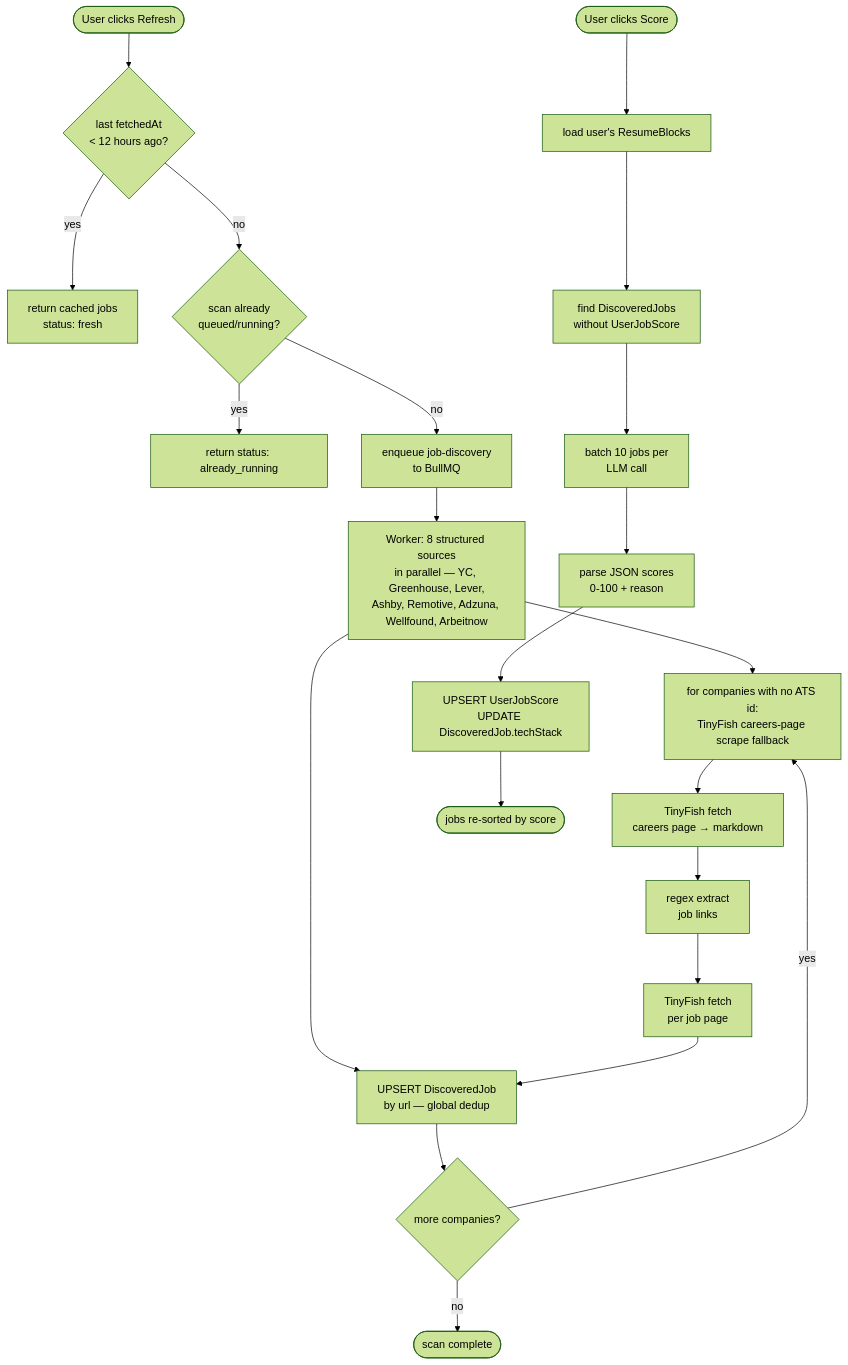
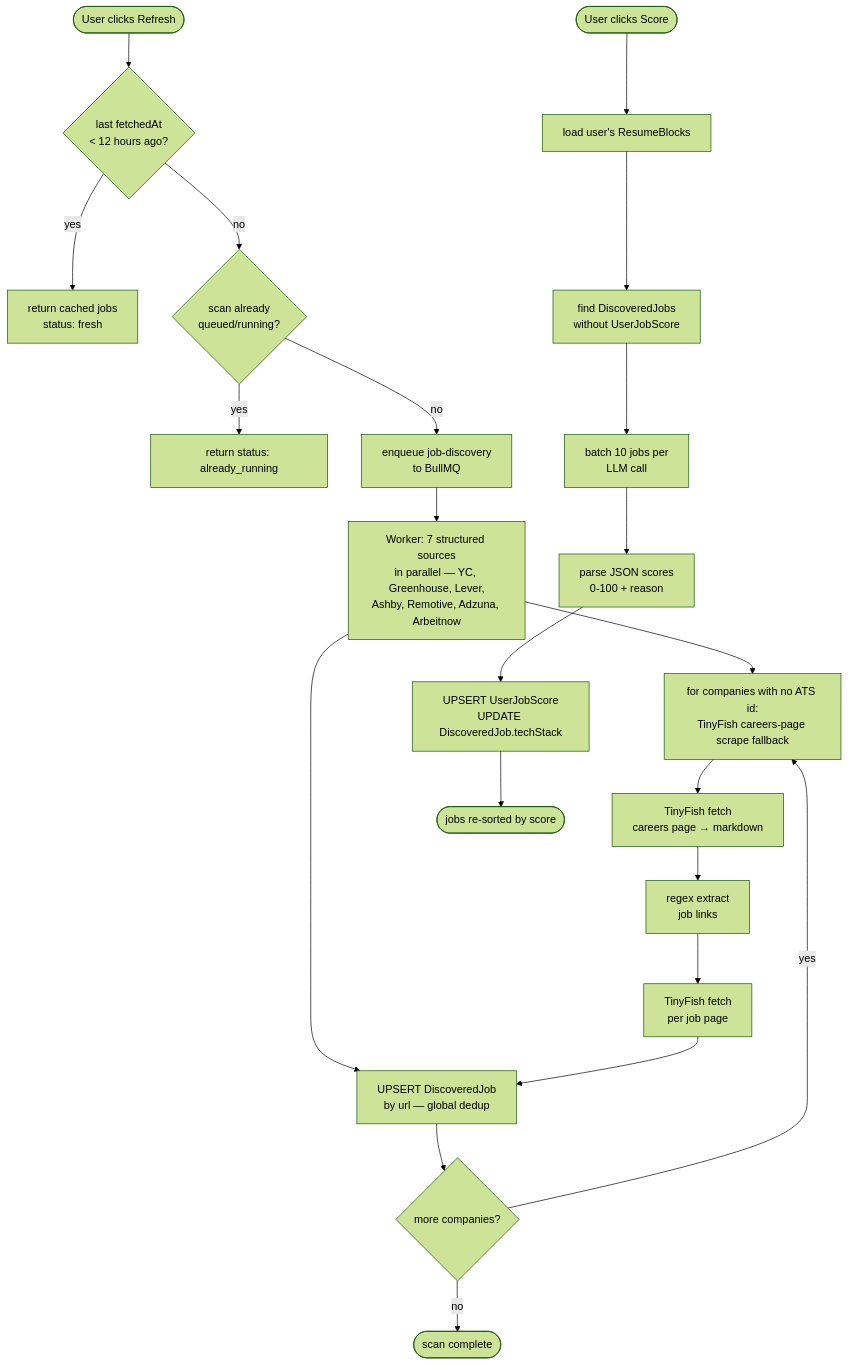
Before and after one commit to AdityaKrSingh26/Pursuit: the fourth of 7 diagrams in docs/architecture.md, drawn with Mermaid (forest theme). The commit also changed other lines of this file and 69 other files, not shown here.

````diff
--- a/docs/architecture.md
+++ b/docs/architecture.md
@@ -125,25 +127,25 @@
 ```mermaid
 flowchart TD
     A([User clicks Refresh]) --> B{last fetchedAt\n< 12 hours ago?}
     B -- yes --> C[return cached jobs\nstatus: fresh]
     B -- no --> D{scan already\nqueued/running?}
     D -- yes --> E[return status: already_running]
     D -- no --> F[enqueue job-discovery\nto BullMQ]
-    F --> G1[Worker: 8 structured sources\nin parallel — YC, Greenhouse, Lever,\nAshby, Remotive, Adzuna, Wellfound, Arbeitnow]
+    F --> G1[Worker: 7 structured sources\nin parallel — YC, Greenhouse, Lever,\nAshby, Remotive, Adzuna, Arbeitnow]
     G1 --> G[for companies with no ATS id:\nTinyFish careers-page scrape fallback]
     G --> H[TinyFish fetch\ncareers page → markdown]
     H --> I[regex extract\njob links]
     I --> J[TinyFish fetch\nper job page]
     G1 --> K[UPSERT DiscoveredJob\nby url — global dedup]
     J --> K
     K --> L{more companies?}
     L -- yes --> G
     L -- no --> M([scan complete])
 
     N([User clicks Score]) --> O[load user's ResumeBlocks]
     O --> P[find DiscoveredJobs\nwithout UserJobScore]
     P --> Q[batch 10 jobs per\nLLM call]
     Q --> R[parse JSON scores\n0-100 + reason]
     R --> S[UPSERT UserJobScore\nUPDATE DiscoveredJob.techStack]
     S --> T([jobs re-sorted by score])
 ```
````
